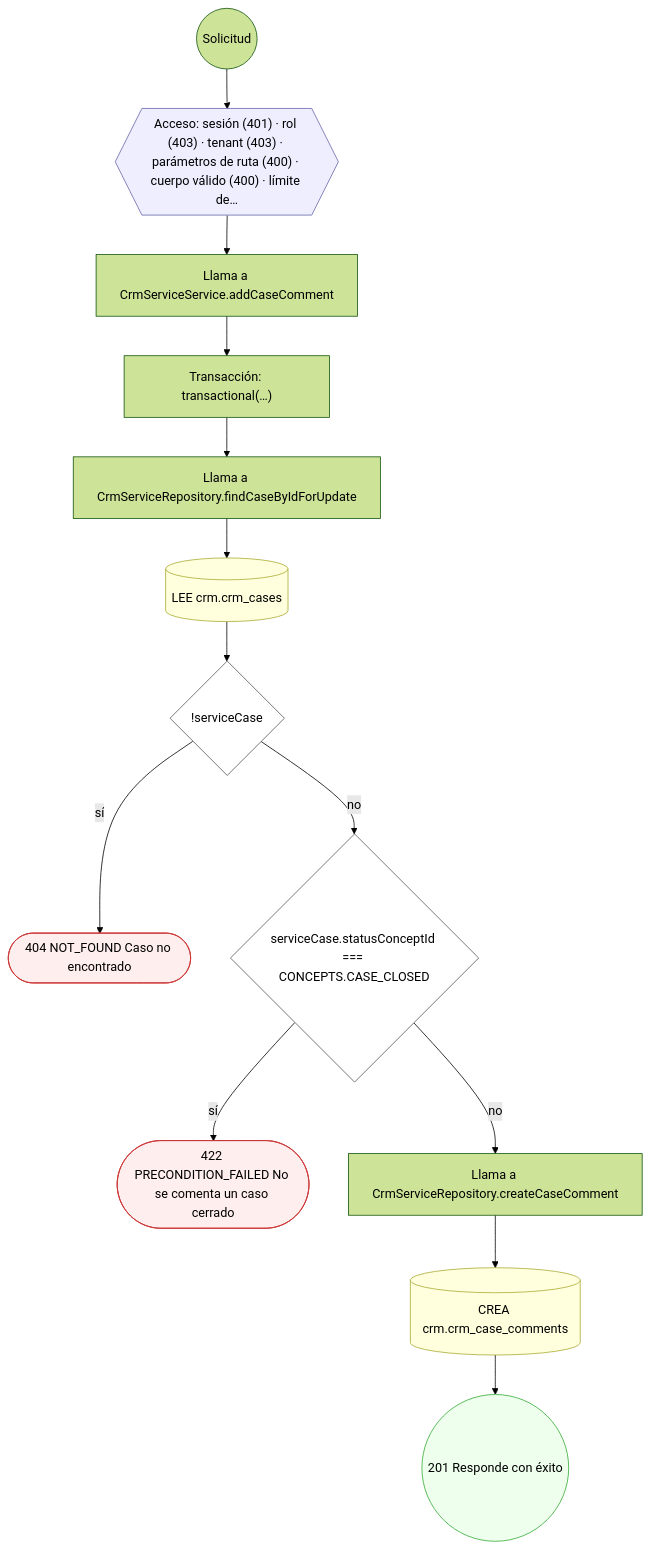
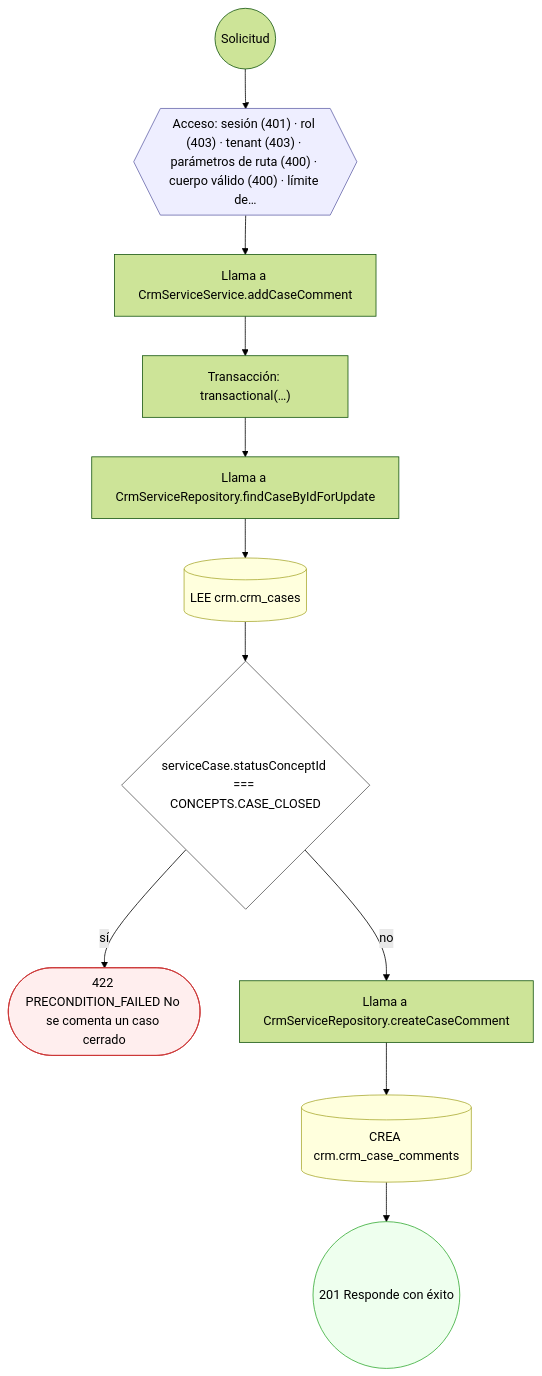
Before and after one commit to mdavila-2001/mantra-core-health-api: the sixth of 15 diagrams in docs/inventario/flujos/crm.md, drawn with Mermaid (forest theme). The commit also changed other lines of this file and 438 other files, not shown here.

````diff
--- a/docs/inventario/flujos/crm.md
+++ b/docs/inventario/flujos/crm.md
@@ -417,34 +412,30 @@
 ```mermaid
 flowchart TD
   n1(("Solicitud")):::inicio
   n2{{"Acceso: sesión (401) · rol (403) · tenant (403) · parámetros de ruta (400) · cuerpo válido (400) · límite de…"}}:::acceso
   n1 --> n2
   n3["Llama a CrmServiceService.addCaseComment"]:::llamada
   n2 --> n3
   n4["Transacción: transactional(…)"]:::transaccion
   n3 --> n4
   n5["Llama a CrmServiceRepository.findCaseByIdForUpdate"]:::llamada
   n4 --> n5
   n6[("LEE crm.crm_cases")]:::efecto
   n5 --> n6
-  n7{"!serviceCase"}:::decision
+  n7{"serviceCase.statusConceptId === CONCEPTS.CASE_CLOSED"}:::decision
   n6 --> n7
-  n8(["404 NOT_FOUND Caso no encontrado"]):::error
+  n8(["422 PRECONDITION_FAILED No se comenta un caso cerrado"]):::error
   n7 -->|"sí"| n8
-  n9{"serviceCase.statusConceptId === CONCEPTS.CASE_CLOSED"}:::decision
+  n9["Llama a CrmServiceRepository.createCaseComment"]:::llamada
   n7 -->|"no"| n9
-  n10(["422 PRECONDITION_FAILED No se comenta un caso cerrado"]):::error
-  n9 -->|"sí"| n10
-  n11["Llama a CrmServiceRepository.createCaseComment"]:::llamada
-  n9 -->|"no"| n11
-  n12[("CREA crm.crm_case_comments")]:::efecto
-  n11 --> n12
-  n13(("201 Responde con éxito")):::ok
-  n12 --> n13
+  n10[("CREA crm.crm_case_comments")]:::efecto
+  n9 --> n10
+  n11(("201 Responde con éxito")):::ok
+  n10 --> n11
   classDef acceso fill:#eef,stroke:#66a
   classDef error fill:#fee,stroke:#c33
   classDef ok fill:#efe,stroke:#3a3
   classDef efecto fill:#ffd,stroke:#aa3
   classDef decision fill:#fff,stroke:#555
   classDef corte fill:#eee,stroke:#999,stroke-dasharray: 4
 ```
````
